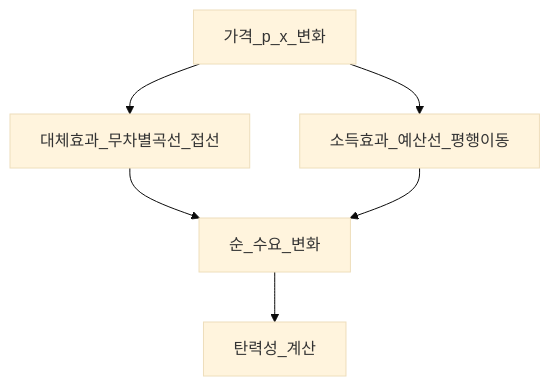
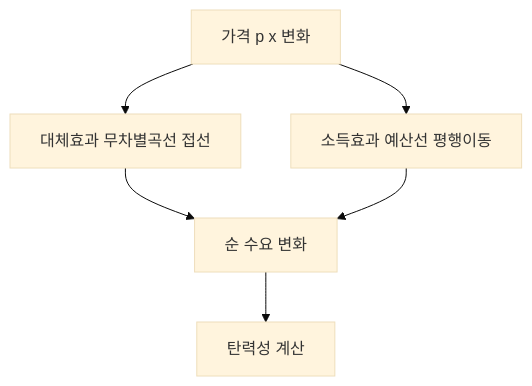
Before and after one commit to goldanghenry/Finances: the second of 5 diagrams in 02-economics/micro-01-consumer-theory.md, drawn with Mermaid (base theme). The commit also changed other lines of this file and 211 other files, not shown here.

````diff
--- a/02-economics/micro-01-consumer-theory.md
+++ b/02-economics/micro-01-consumer-theory.md
@@ -120,8 +136,8 @@
 ```mermaid
 flowchart TD
-  dP[가격_p_x_변화] --> SUB[대체효과_무차별곡선_접선]
-  dP --> INC[소득효과_예산선_평행이동]
-  SUB --> NET[순_수요_변화]
+  dP["가격 p x 변화"] --> SUB["대체효과 무차별곡선 접선"]
+  dP --> INC["소득효과 예산선 평행이동"]
+  SUB --> NET["순 수요 변화"]
   INC --> NET
-  NET --> ELAS[탄력성_계산]
+  NET --> ELAS["탄력성 계산"]
 ```
````
